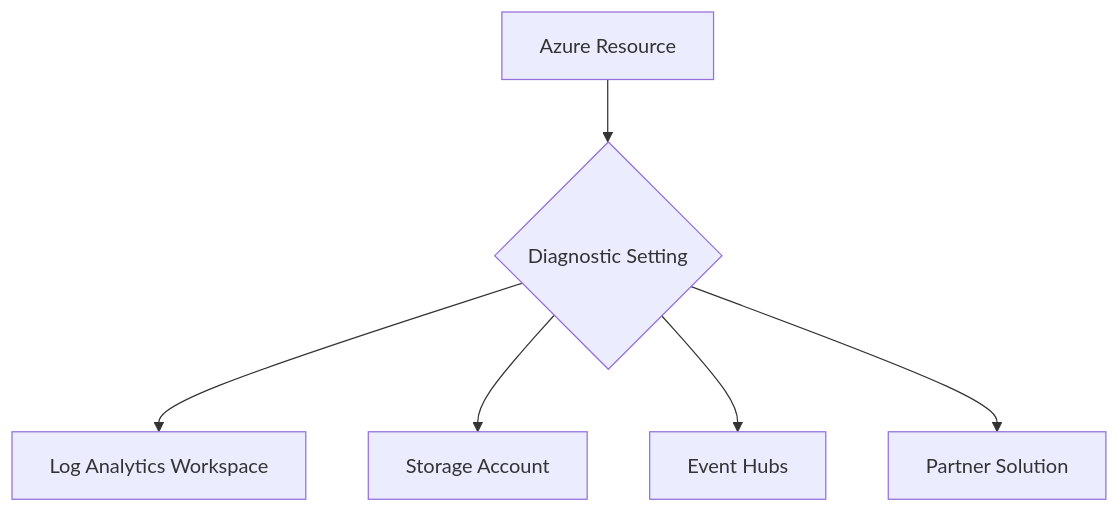
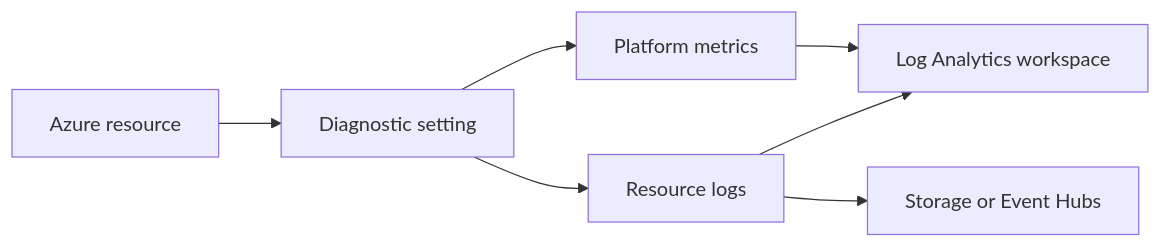
Before and after one commit to yeongseon/azure-monitoring-practical-guide: the diagram in docs/operations/diagnostic-settings.md, drawn with Mermaid. The commit also changed other lines of this file and 50 other files, not shown here.

````diff
--- a/docs/operations/diagnostic-settings.md
+++ b/docs/operations/diagnostic-settings.md
@@ -5,8 +3,9 @@
 ```mermaid
-graph TD
-    A[Azure Resource] --> B{Diagnostic Setting}
-    B --> C[Log Analytics Workspace]
-    B --> D[Storage Account]
-    B --> E[Event Hubs]
-    B --> F[Partner Solution]
+flowchart LR
+    Resource[Azure resource] --> Setting[Diagnostic setting]
+    Setting --> Logs[Resource logs]
+    Setting --> Metrics[Platform metrics]
+    Logs --> Workspace[Log Analytics workspace]
+    Logs --> Archive[Storage or Event Hubs]
+    Metrics --> Workspace
 ```
````
